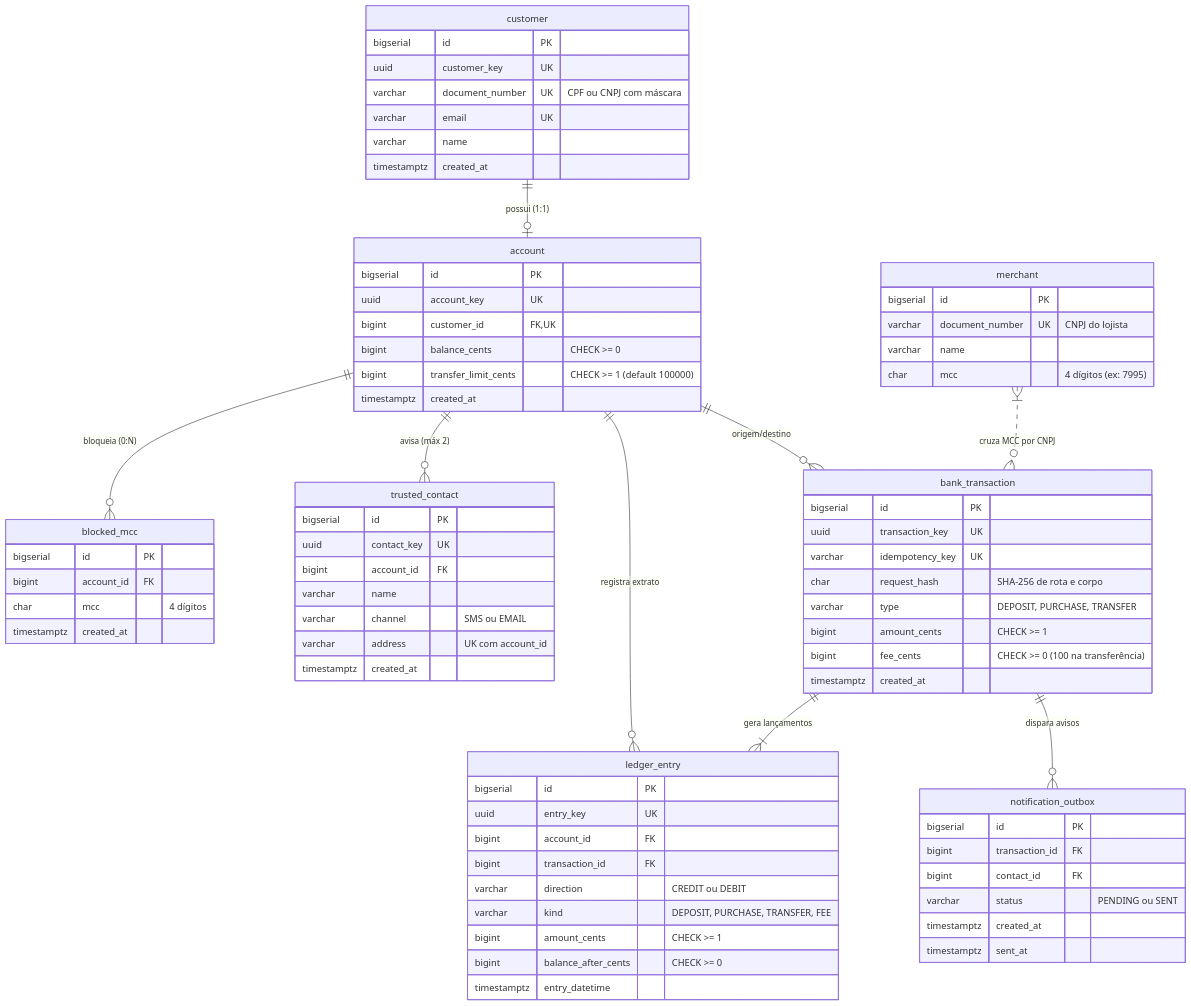
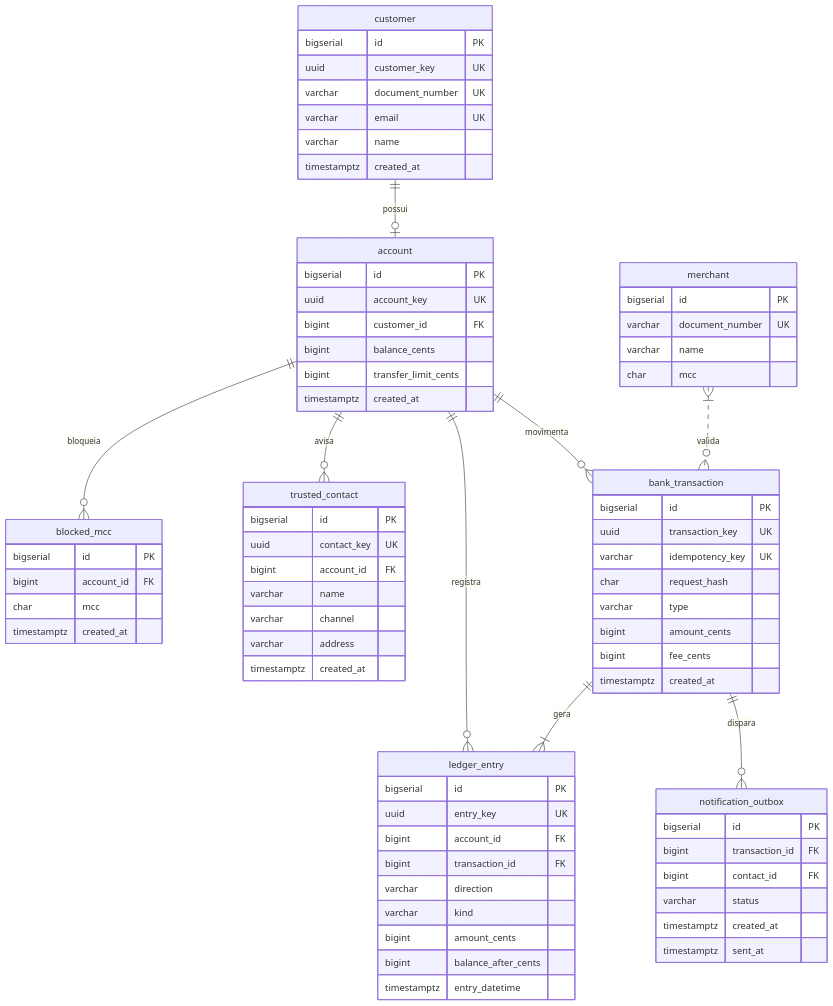
The third of 3 diagrams in bootcamp-base-api/README.md (HenriqueJCManco/BootcampQITech), drawn with Mermaid before and after one commit. The commit also changed other lines of this file, not shown here.

Commit message:
Melhora dos textos para o readme

````diff
--- a/bootcamp-base-api/README.md
+++ b/bootcamp-base-api/README.md
@@ -116,18 +116,18 @@
 ```mermaid
 erDiagram
-    customer ||--o| account : "possui (1:1)"
-    account ||--o{ blocked_mcc : "bloqueia (0:N)"
-    account ||--o{ trusted_contact : "avisa (máx 2)"
-    account ||--o{ bank_transaction : "origem/destino"
-    account ||--o{ ledger_entry : "registra extrato"
-    bank_transaction ||--|{ ledger_entry : "gera lançamentos"
-    bank_transaction ||--o{ notification_outbox : "dispara avisos"
-    merchant }|..o{ bank_transaction : "cruza MCC por CNPJ"
+    customer ||--o| account : possui
+    account ||--o{ blocked_mcc : bloqueia
+    account ||--o{ trusted_contact : avisa
+    account ||--o{ bank_transaction : movimenta
+    account ||--o{ ledger_entry : registra
+    bank_transaction ||--|{ ledger_entry : gera
+    bank_transaction ||--o{ notification_outbox : dispara
+    merchant }|..o{ bank_transaction : valida
 
     customer {
         bigserial id PK
         uuid customer_key UK
-        varchar document_number UK "CPF ou CNPJ com máscara"
+        varchar document_number UK
         varchar email UK
         varchar name
         timestamptz created_at
@@ -136,23 +136,23 @@
     account {
         bigserial id PK
         uuid account_key UK
-        bigint customer_id FK,UK
-        bigint balance_cents "CHECK >= 0"
-        bigint transfer_limit_cents "CHECK >= 1 (default 100000)"
+        bigint customer_id FK
+        bigint balance_cents
+        bigint transfer_limit_cents
         timestamptz created_at
     }
 
     merchant {
         bigserial id PK
-        varchar document_number UK "CNPJ do lojista"
+        varchar document_number UK
         varchar name
-        char mcc "4 dígitos (ex: 7995)"
+        char mcc
     }
 
     blocked_mcc {
         bigserial id PK
         bigint account_id FK
-        char mcc "4 dígitos"
+        char mcc
         timestamptz created_at
     }
 
@@ -161,8 +161,8 @@
         uuid contact_key UK
         bigint account_id FK
         varchar name
-        varchar channel "SMS ou EMAIL"
-        varchar address "UK com account_id"
+        varchar channel
+        varchar address
         timestamptz created_at
     }
 
@@ -170,10 +170,10 @@
         bigserial id PK
         uuid transaction_key UK
         varchar idempotency_key UK
-        char request_hash "SHA-256 de rota e corpo"
-        varchar type "DEPOSIT, PURCHASE, TRANSFER"
-        bigint amount_cents "CHECK >= 1"
-        bigint fee_cents "CHECK >= 0 (100 na transferência)"
+        char request_hash
+        varchar type
+        bigint amount_cents
+        bigint fee_cents
         timestamptz created_at
     }
 
@@ -182,10 +182,10 @@
         uuid entry_key UK
         bigint account_id FK
         bigint transaction_id FK
-        varchar direction "CREDIT ou DEBIT"
-        varchar kind "DEPOSIT, PURCHASE, TRANSFER, FEE"
-        bigint amount_cents "CHECK >= 1"
-        bigint balance_after_cents "CHECK >= 0"
+        varchar direction
+        varchar kind
+        bigint amount_cents
+        bigint balance_after_cents
         timestamptz entry_datetime
     }
 
@@ -193,7 +193,7 @@
         bigserial id PK
         bigint transaction_id FK
         bigint contact_id FK
-        varchar status "PENDING ou SENT"
+        varchar status
         timestamptz created_at
         timestamptz sent_at
     }
````
